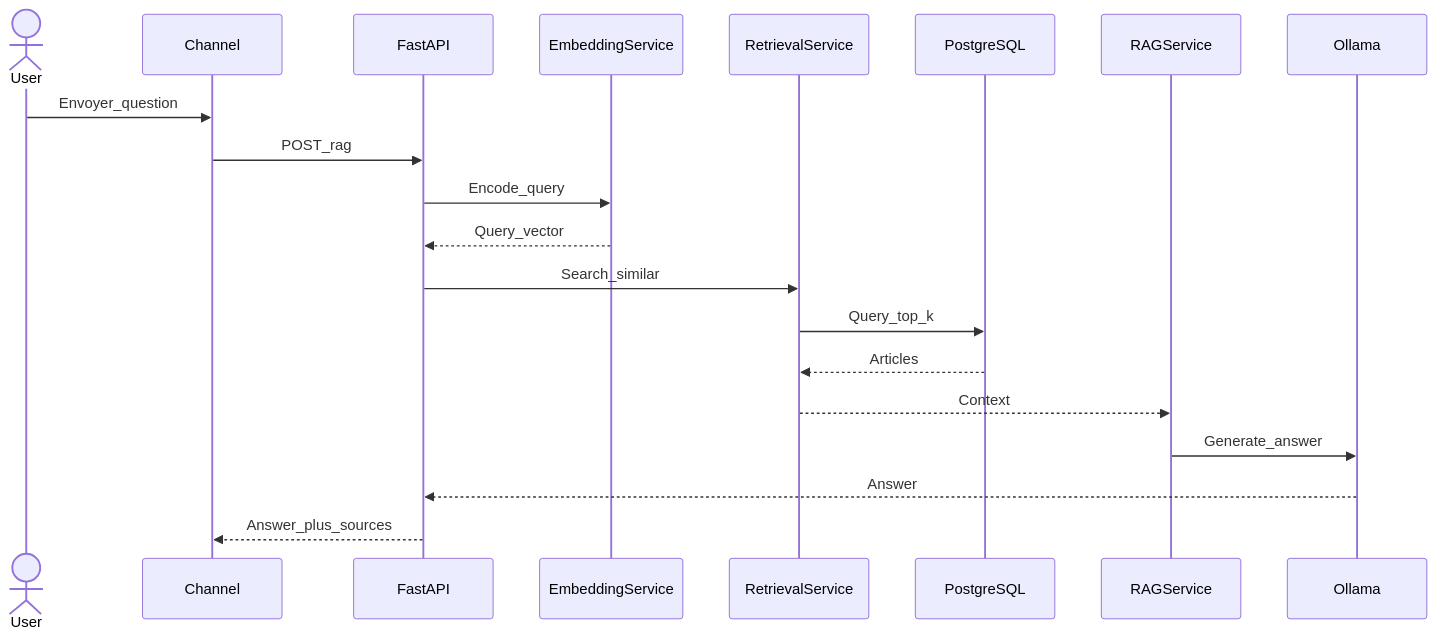
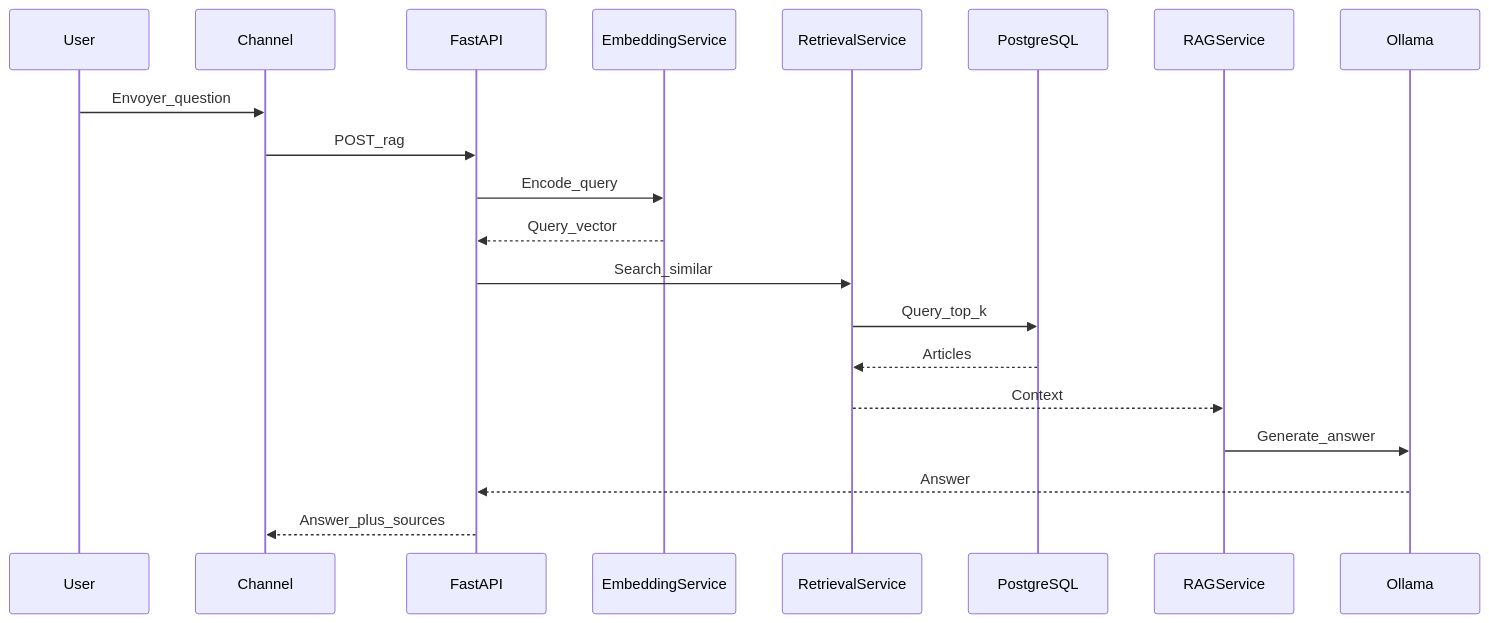
The fourth of 9 diagrams in ai-service/docs/Chapitre_3_Redaction.md (rooneyi/rdc-news-intelligence), drawn with Mermaid before and after one commit. The commit also changed other lines of this file and 24 other files, not shown here.

````diff
--- a/ai-service/docs/Chapitre_3_Redaction.md
+++ b/ai-service/docs/Chapitre_3_Redaction.md
@@ -185,23 +146,23 @@
 ```mermaid
 sequenceDiagram
-    actor User
+    participant User
     participant CH as Channel
     participant API as FastAPI
     participant EMB as EmbeddingService
     participant RET as RetrievalService
     participant DB as PostgreSQL
     participant RAG as RAGService
     participant LLM as Ollama
 
     User->>CH: Envoyer_question
     CH->>API: POST_rag
     API->>EMB: Encode_query
     EMB-->>API: Query_vector
     API->>RET: Search_similar
     RET->>DB: Query_top_k
     DB-->>RET: Articles
     RET-->>RAG: Context
     RAG->>LLM: Generate_answer
     LLM-->>API: Answer
     API-->>CH: Answer_plus_sources
 ```
````
